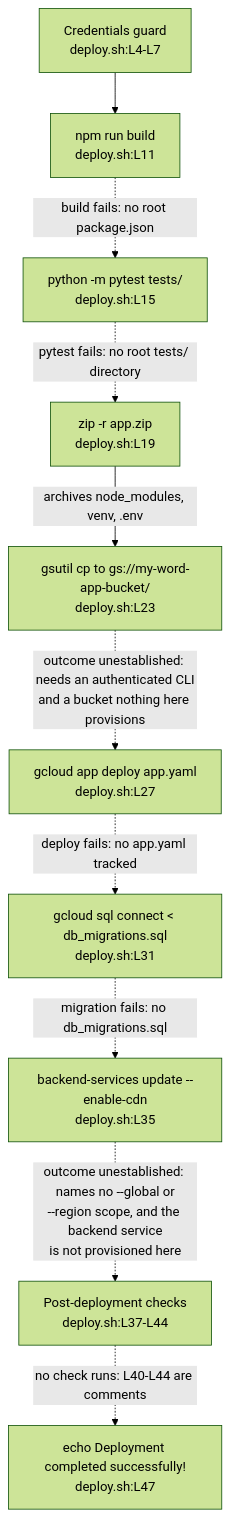
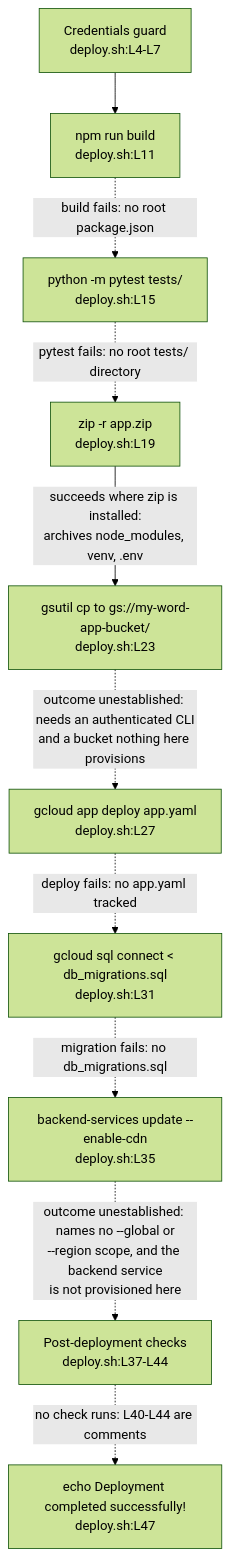
One commit to blitzy-public-samples/microsoft-word-u33ko0 changed the diagram in scripts/README.md. Above: the diagram before and after it, drawn with Mermaid (forest theme). The commit also changed other lines of this file and 23 other files, not shown here.

````diff
--- a/scripts/README.md
+++ b/scripts/README.md
@@ -119,17 +123,18 @@
 ```mermaid
 flowchart TD
-    accTitle: The deploy.sh stage sequence and the blocker at each stage
-    accDescr: A deployment run executes eight stages in fixed line order from deploy.sh:L4 to deploy.sh:L47. Seven of the eight fail against the committed repository. A dashed edge leaves a stage that fails, and its label names the reason. The run continues across every failure because nothing checks an exit status.
+    accTitle: The deploy.sh stage sequence and the outcome of each stage
+    accDescr: A deployment run executes eight stages in fixed line order from deploy.sh:L4 to deploy.sh:L47. Four fail deterministically, at L11, L15, L27 and L31. One succeeds where zip is installed, the archive at L19. One performs no work, the post-deployment checks at L37 to L44. Two have an outcome this repository cannot establish, the upload at L23 and the backend-services update at L35. A dashed edge leaves a stage that fails or whose outcome is unestablished, and its label names the reason. The run continues across every failure because nothing checks an exit status.
     G["Credentials guard<br/>deploy.sh:L4-L7"] --> B["npm run build<br/>deploy.sh:L11"]
     B -.->|"build fails: no root package.json"| T["python -m pytest tests/<br/>deploy.sh:L15"]
     T -.->|"pytest fails: no root tests/ directory"| Z["zip -r app.zip<br/>deploy.sh:L19"]
-    Z -->|"archives node_modules, venv, .env"| U["gsutil cp to gs://my-word-app-bucket/<br/>deploy.sh:L23"]
+    Z -->|"succeeds where zip is installed:<br/>archives node_modules, venv, .env"| U["gsutil cp to gs://my-word-app-bucket/<br/>deploy.sh:L23"]
     U -.->|"outcome unestablished: needs an authenticated CLI<br/>and a bucket nothing here provisions"| D["gcloud app deploy app.yaml<br/>deploy.sh:L27"]
     D -.->|"deploy fails: no app.yaml tracked"| M["gcloud sql connect &lt; db_migrations.sql<br/>deploy.sh:L31"]
     M -.->|"migration fails: no db_migrations.sql"| C["backend-services update --enable-cdn<br/>deploy.sh:L35"]
     C -.->|"outcome unestablished: names no --global or<br/>--region scope, and the backend service<br/>is not provisioned here"| P["Post-deployment checks<br/>deploy.sh:L37-L44"]
     P -.->|"no check runs: L40-L44 are comments"| S["echo Deployment completed successfully!<br/>deploy.sh:L47"]
-%% A dashed edge leaves a stage that either fails against the committed repository
-%% or has an outcome this repository cannot establish. The run continues across it
-%% because nothing checks an exit status.
+%% A dashed edge leaves a stage that fails against the committed repository, performs
+%% no work, or has an outcome this repository cannot establish. The one solid edge
+%% leaves the archive, which succeeds wherever zip is installed. The run continues
+%% across every failure because nothing checks an exit status.
 ```
````
